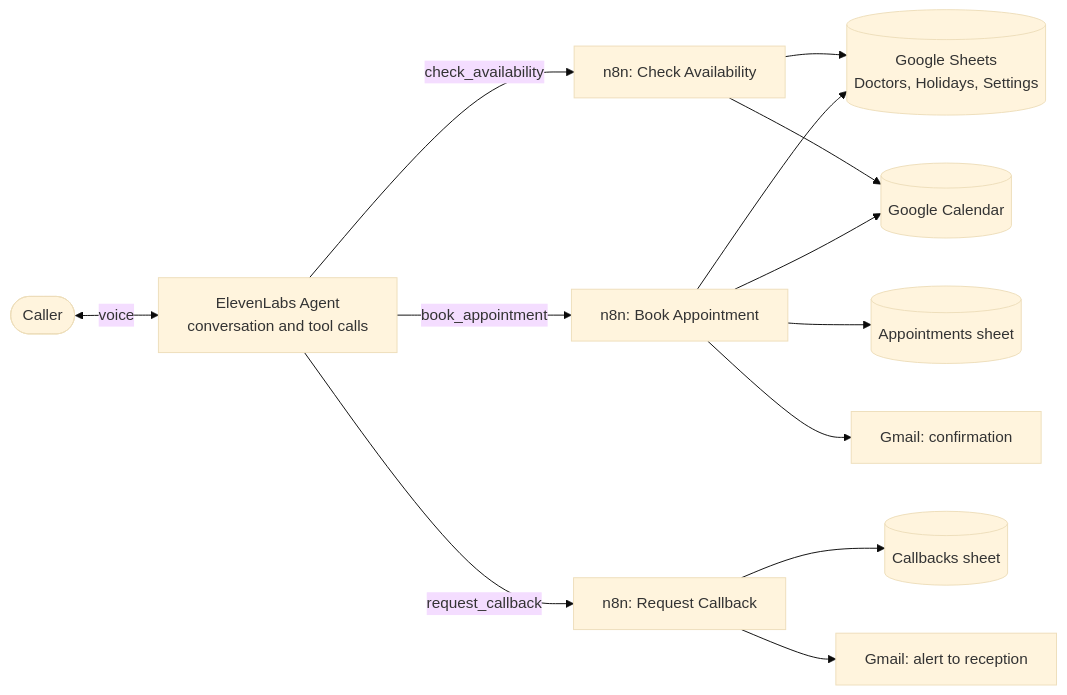
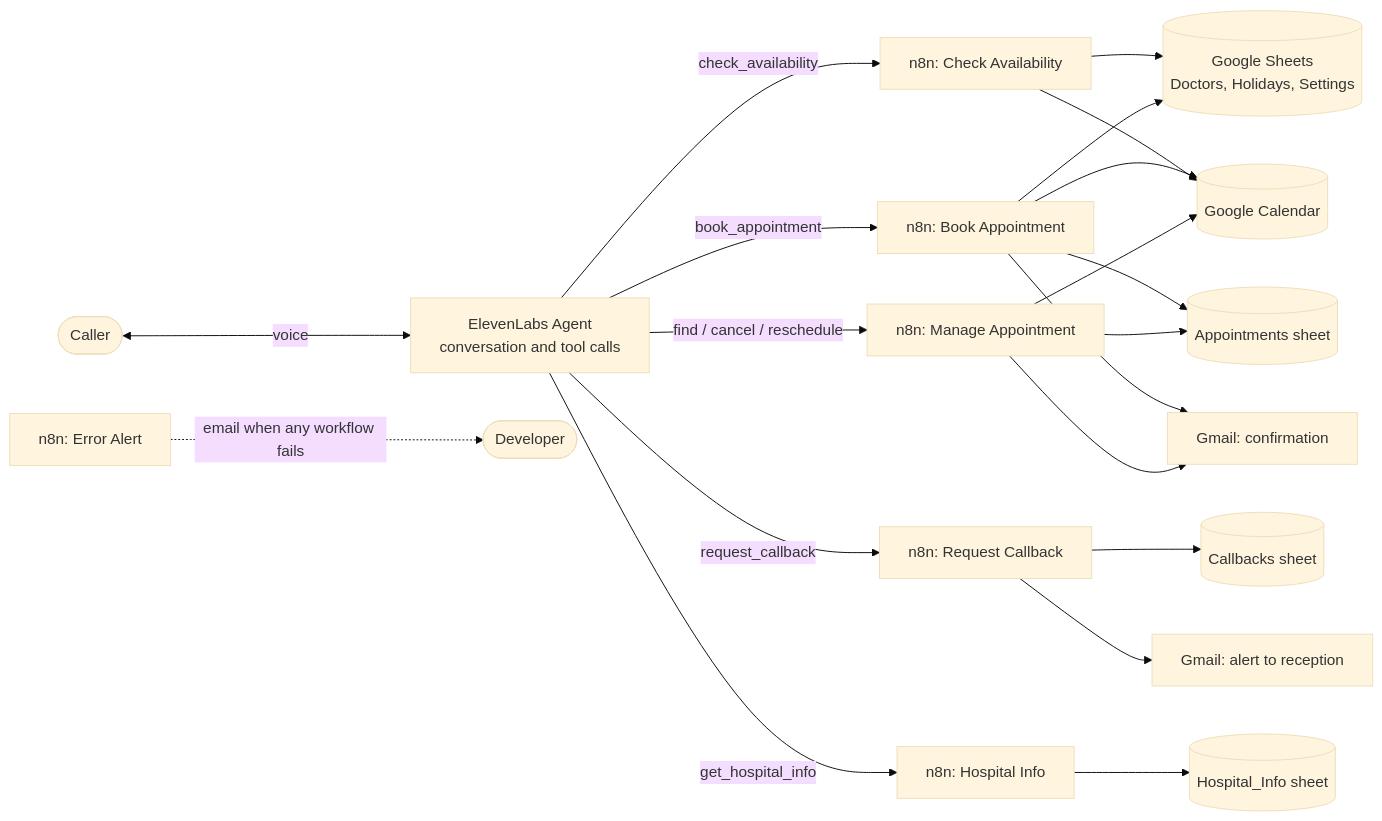
The diagram in README.md (ansarhayat9/ai-hospital-receptionist), drawn with Mermaid (base theme) before and after one commit. The commit also changed other lines of this file and 26 other files, not shown here.

Commit message:
Version 2: cancel, reschedule, hospital info, error alert

````diff
--- a/README.md
+++ b/README.md
@@ -54,15 +75,22 @@
 ```mermaid
 flowchart LR
     C(["Caller"]) <-->|"voice"| A["ElevenLabs Agent<br/>conversation and tool calls"]
     A -->|"check_availability"| W1["n8n: Check Availability"]
     A -->|"book_appointment"| W2["n8n: Book Appointment"]
     A -->|"request_callback"| W3["n8n: Request Callback"]
+    A -->|"find / cancel / reschedule"| W4["n8n: Manage Appointment"]
+    A -->|"get_hospital_info"| W5["n8n: Hospital Info"]
     W1 --> S[("Google Sheets<br/>Doctors, Holidays, Settings")]
     W1 --> CAL[("Google Calendar")]
     W2 --> S
     W2 --> CAL
     W2 --> LOG[("Appointments sheet")]
     W2 --> G1["Gmail: confirmation"]
     W3 --> CB[("Callbacks sheet")]
     W3 --> G2["Gmail: alert to reception"]
+    W4 --> CAL
+    W4 --> LOG
+    W4 --> G1
+    W5 --> INFO[("Hospital_Info sheet")]
+    ERR["n8n: Error Alert"] -.->|"email when any workflow fails"| DEV(["Developer"])
 ```
````
